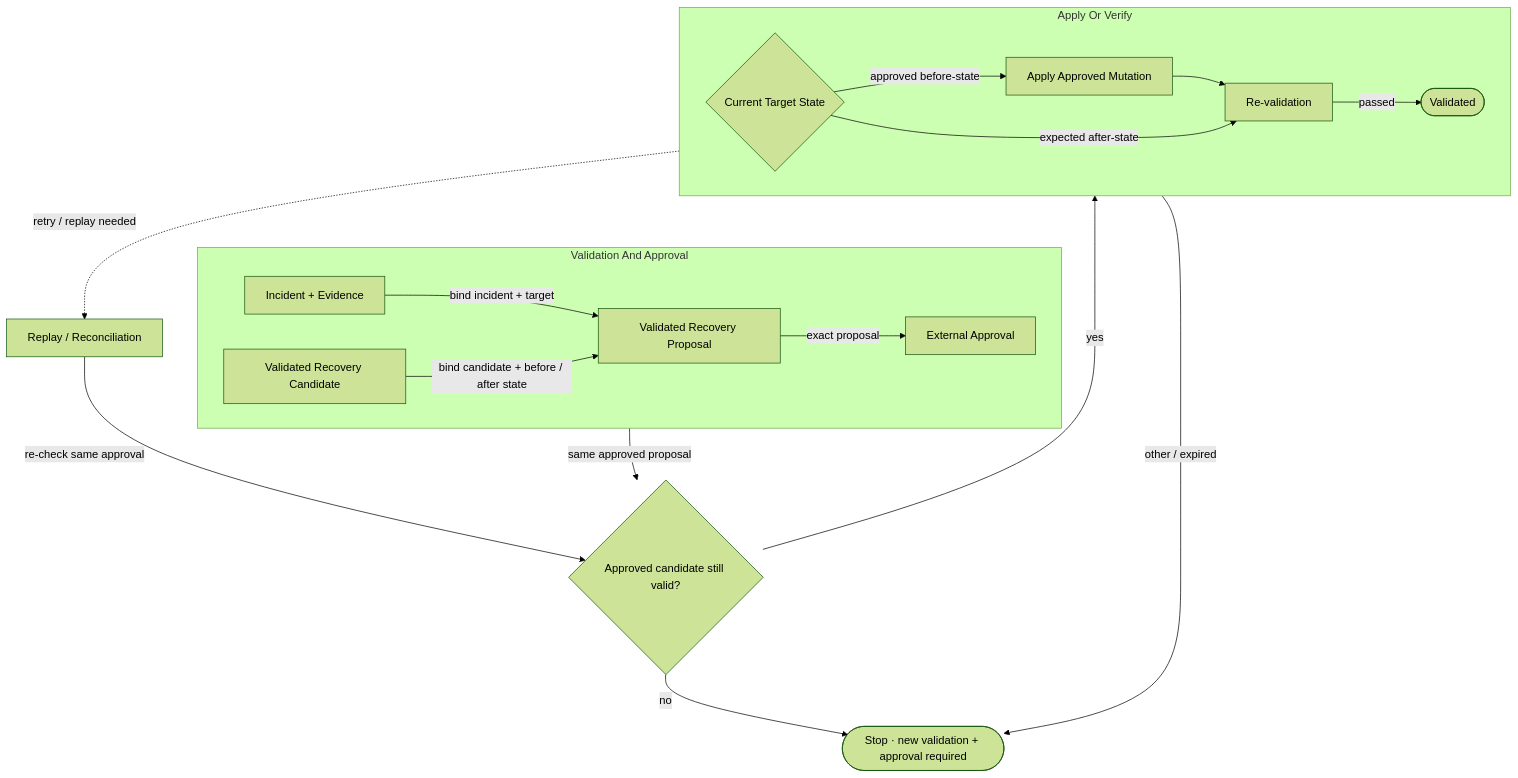
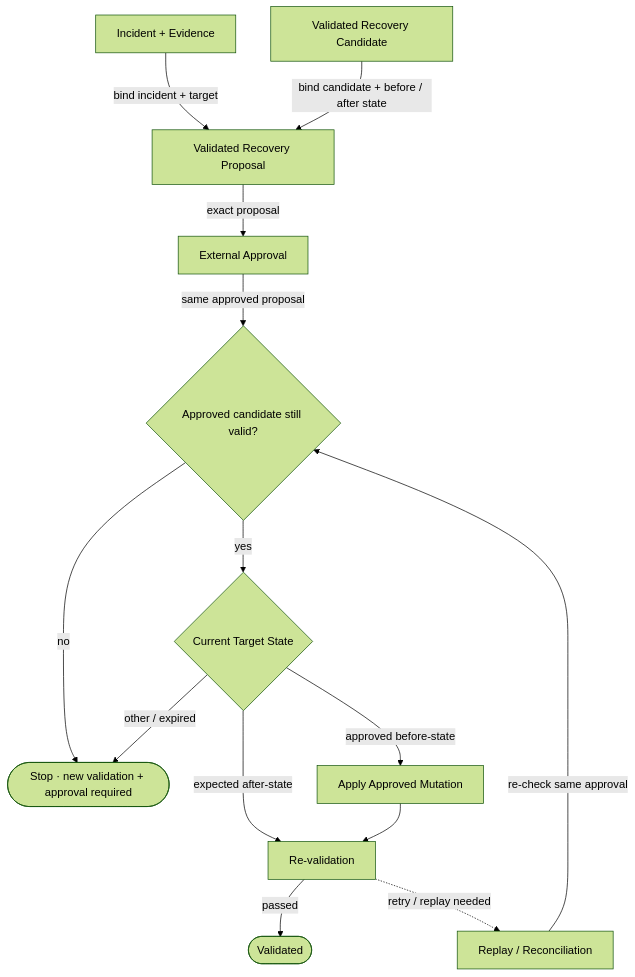
One commit to mols3131d/hmda-data-reliability changed the second of 2 diagrams in docs/domains/reliability.md. Above: the diagram before and after it, drawn with Mermaid (forest theme). The commit also changed other lines of this file, not shown here.

Commit message:
docs: simplify reliability Mermaid layouts

````diff
--- a/docs/domains/reliability.md
+++ b/docs/domains/reliability.md
@@ -48,22 +42,19 @@
 ```mermaid
 flowchart TB
-    subgraph authorization ["Validation And Approval"]
-        direction LR
-        incident["Incident + Evidence"] -->|bind incident + target| proposal["Validated Recovery Proposal"] -->|exact proposal| approval["External Approval"]
-        candidate["Validated Recovery Candidate"] -->|bind candidate + before / after state| proposal
-    end
+    incident["Incident + Evidence"] -->|bind incident + target| proposal["Validated Recovery Proposal"]
+    candidate["Validated Recovery Candidate"] -->|bind candidate + before / after state| proposal
+    proposal -->|exact proposal| approval["External Approval"]
+    approval -->|same approved proposal| recheck{"Approved candidate still valid?"}
 
-    approval -->|same approved proposal| recheck{"Approved candidate still valid?"}
     recheck -->|no| stop(["Stop · new validation + approval required"])
-    recheck -->|yes| gate
+    recheck -->|yes| gate{"Current Target State"}
 
-    subgraph execution ["Apply Or Verify"]
-        direction LR
-        gate{"Current Target State"} -->|approved before-state| recovery["Apply Approved Mutation"] --> verify["Re-validation"] -->|passed| done(["Validated"])
-    end
+    gate -->|approved before-state| recovery["Apply Approved Mutation"]
+    gate -->|expected after-state| verify["Re-validation"]
+    gate -->|other / expired| stop
 
-    gate -->|expected after-state| verify
-    gate -->|other / expired| stop
+    recovery --> verify
+    verify -->|passed| done(["Validated"])
     verify -.->|retry / replay needed| replay["Replay / Reconciliation"]
     replay -->|re-check same approval| recheck
 ```
````
